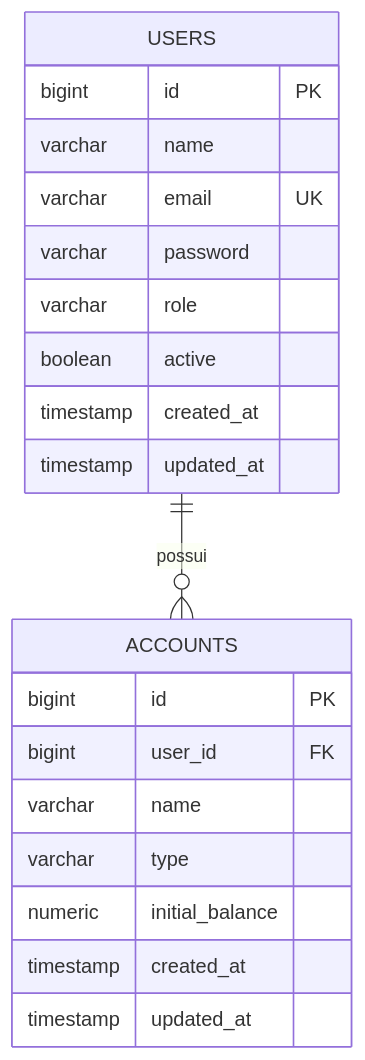
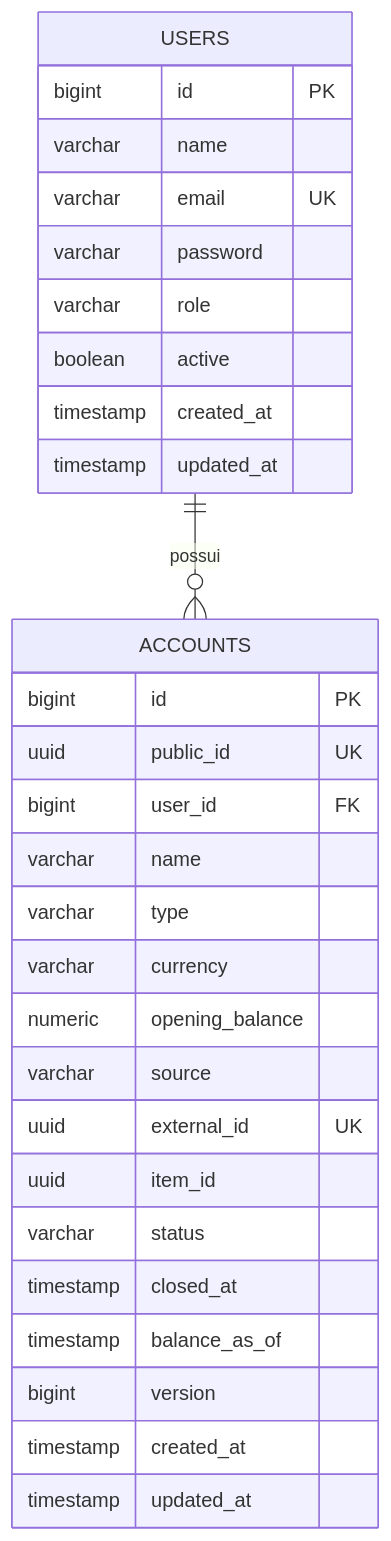
One commit to nomevini/opengrana changed the diagram in docs/architecture/data-model.md. Above: the diagram before and after it, drawn with Mermaid. The commit also changed other lines of this file and 53 other files, not shown here.

````diff
--- a/docs/architecture/data-model.md
+++ b/docs/architecture/data-model.md
@@ -7,26 +7,34 @@
 ```mermaid
 erDiagram
-    %% accounts: em desenvolvimento
     USERS ||--o{ ACCOUNTS : possui
 
     USERS {
         bigint id PK
         varchar name
         varchar email UK
         varchar password
         varchar role
         boolean active
         timestamp created_at
         timestamp updated_at
     }
 
     ACCOUNTS {
         bigint id PK
+        uuid public_id UK
         bigint user_id FK
         varchar name
         varchar type
-        numeric initial_balance
+        varchar currency
+        numeric opening_balance
+        varchar source
+        uuid external_id UK
+        uuid item_id
+        varchar status
+        timestamp closed_at
+        timestamp balance_as_of
+        bigint version
         timestamp created_at
         timestamp updated_at
     }
 ```
````
